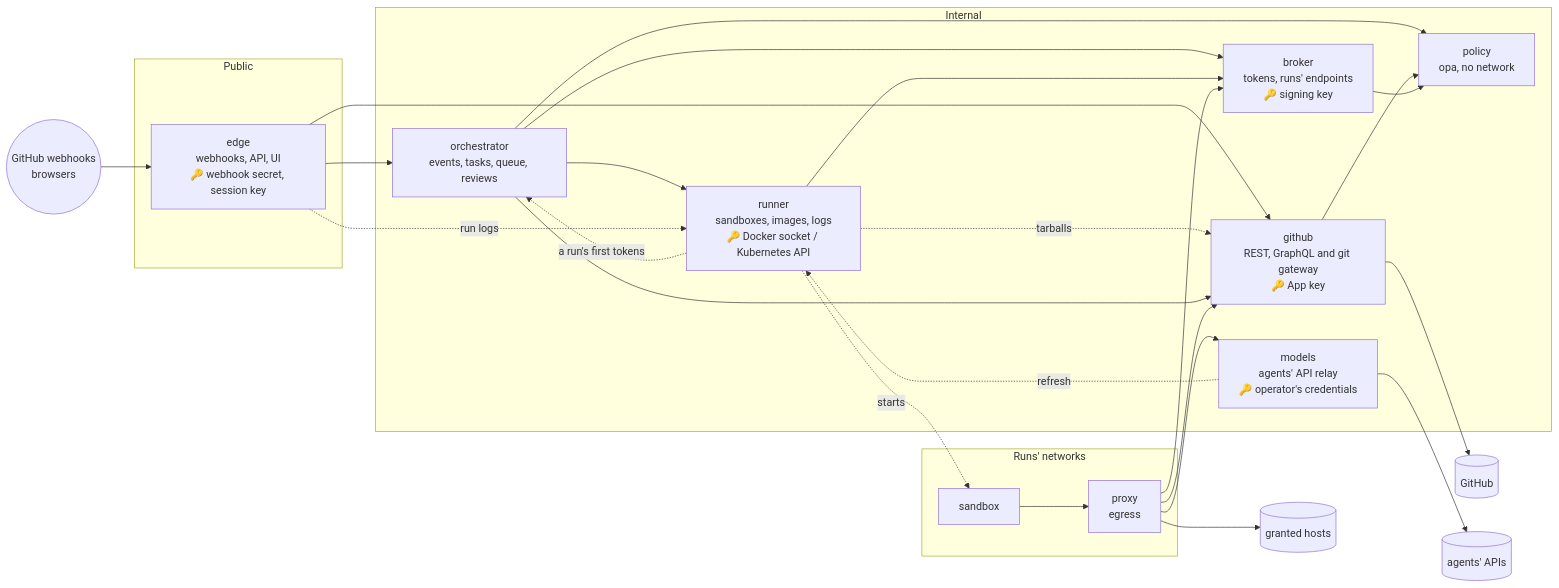
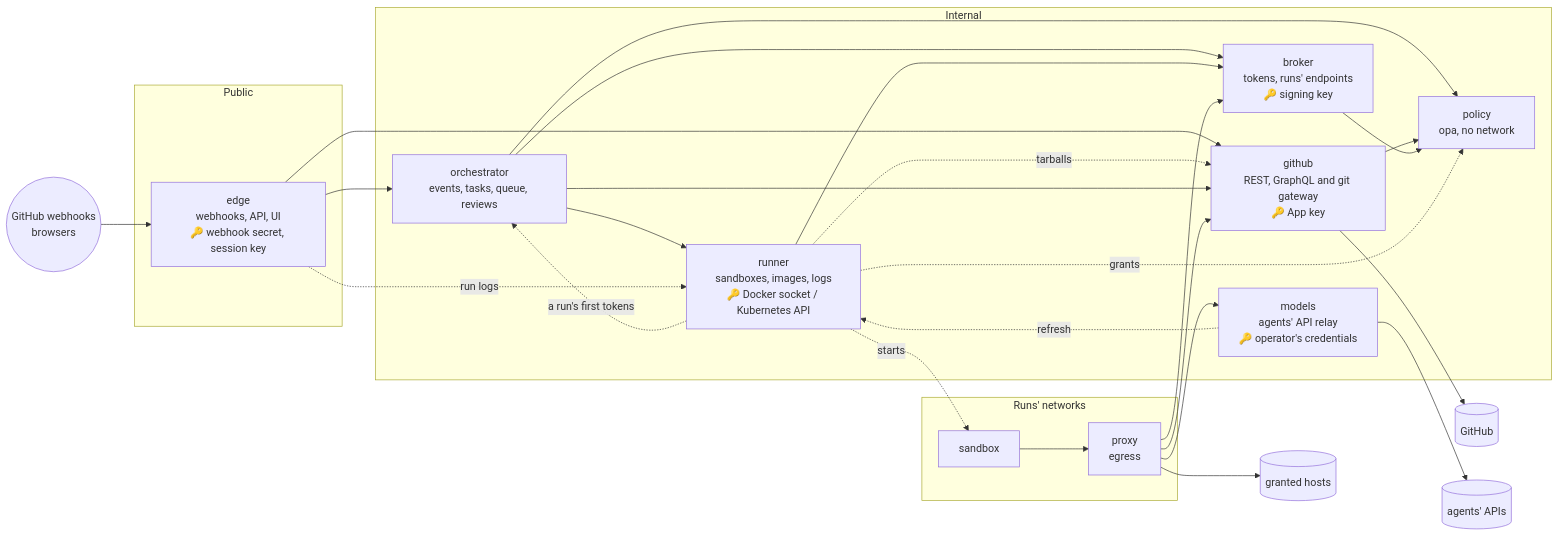
Before and after one commit to BryanSmee/deckhand: the diagram in docs/services.md, drawn with Mermaid. The commit also changed other lines of this file and 35 other files, not shown here.

````diff
--- a/docs/services.md
+++ b/docs/services.md
@@ -13,48 +13,49 @@
 ```mermaid
 flowchart LR
   web(("GitHub webhooks<br/>browsers"))
   gh[("GitHub")]
   ai[("agents' APIs")]
   hosts[("granted hosts")]
 
   subgraph public [Public]
     edge["edge<br/>webhooks, API, UI<br/>🔑 webhook secret, session key"]
   end
 
   subgraph internal [Internal]
     orch["orchestrator<br/>events, tasks, queue, reviews"]
     runner["runner<br/>sandboxes, images, logs<br/>🔑 Docker socket / Kubernetes API"]
     broker["broker<br/>tokens, runs' endpoints<br/>🔑 signing key"]
     github["github<br/>REST, GraphQL and git gateway<br/>🔑 App key"]
     models["models<br/>agents' API relay<br/>🔑 operator's credentials"]
     policy["policy<br/>opa, no network"]
   end
 
   subgraph runs ["Runs' networks"]
     sandbox["sandbox"]
     proxy["proxy<br/>egress"]
   end
 
   web --> edge
   edge --> orch
   edge --> github
   orch --> runner
   orch --> broker
   runner --> broker
   runner -. a run's first tokens .-> orch
   runner -. tarballs .-> github
   edge -. run logs .-> runner
   orch --> github
   orch --> policy
   runner -. starts .-> sandbox
   sandbox --> proxy
   proxy --> github
   proxy --> models
   proxy --> broker
   proxy --> hosts
   github --> policy
   broker --> policy
+  runner -. grants .-> policy
   github --> gh
   models --> ai
   models -. refresh .-> runner
 ```
````
